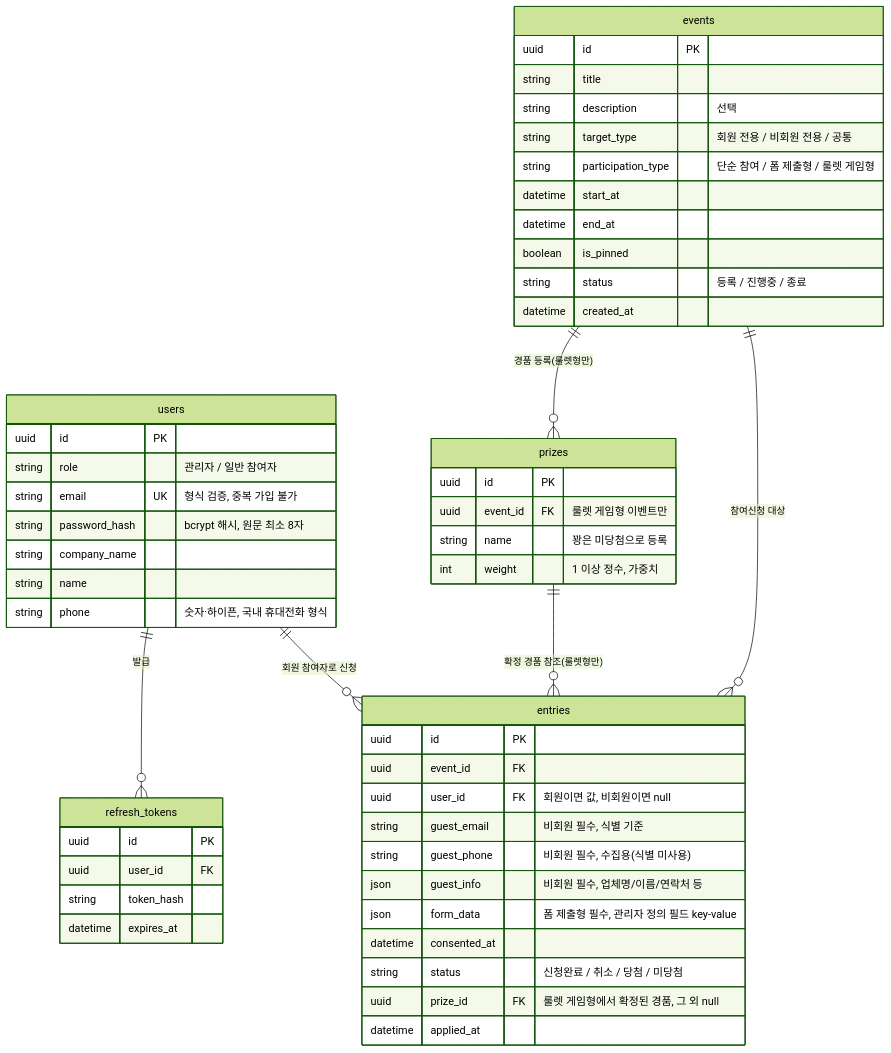
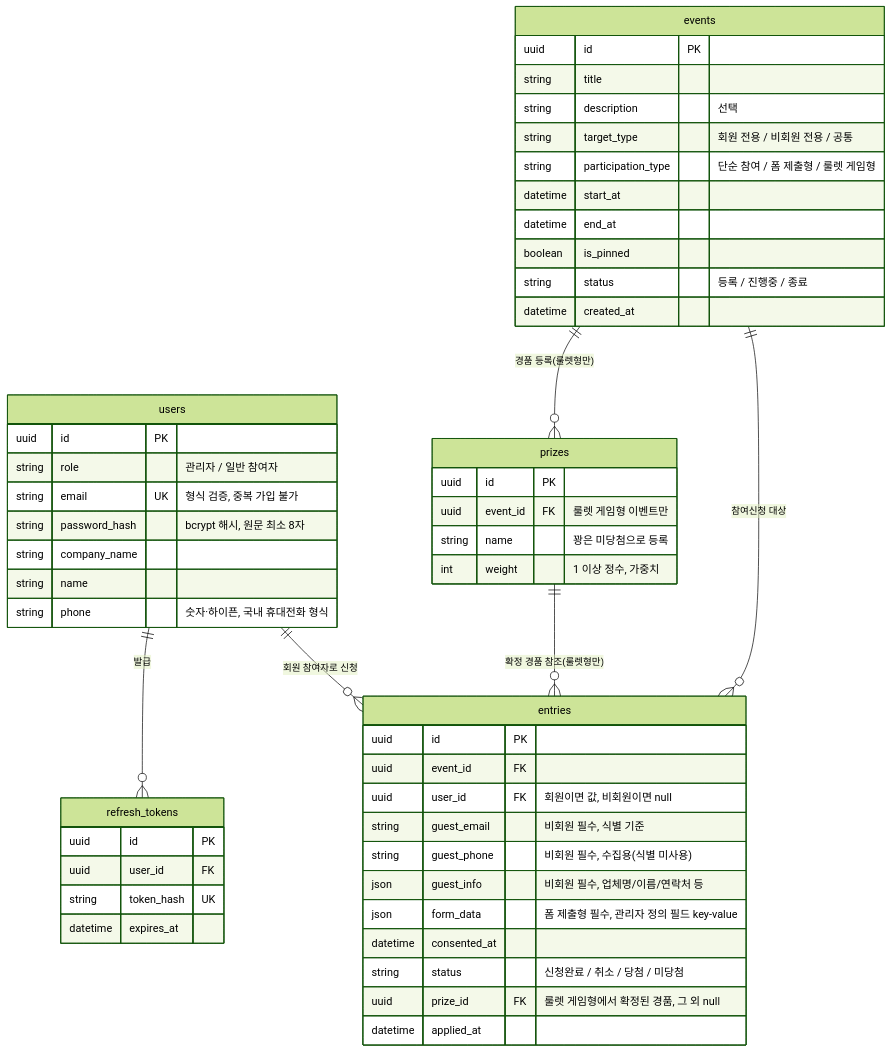
The diagram in docs/8-erd.md (H-Lee-plan/b2b-promo), drawn with Mermaid (forest theme) before and after one commit. The commit also changed 3 other files, not shown here.

````diff
--- a/docs/8-erd.md
+++ b/docs/8-erd.md
@@ -8,59 +8,59 @@
 ```mermaid
 erDiagram
     users ||--o{ entries : "회원 참여자로 신청"
     users ||--o{ refresh_tokens : "발급"
     events ||--o{ entries : "참여신청 대상"
     events ||--o{ prizes : "경품 등록(룰렛형만)"
     prizes ||--o{ entries : "확정 경품 참조(룰렛형만)"
 
     users {
         uuid id PK
         string role "관리자 / 일반 참여자"
         string email UK "형식 검증, 중복 가입 불가"
         string password_hash "bcrypt 해시, 원문 최소 8자"
         string company_name
         string name
         string phone "숫자·하이픈, 국내 휴대전화 형식"
     }
 
     events {
         uuid id PK
         string title
         string description "선택"
         string target_type "회원 전용 / 비회원 전용 / 공통"
         string participation_type "단순 참여 / 폼 제출형 / 룰렛 게임형"
         datetime start_at
         datetime end_at
         boolean is_pinned
         string status "등록 / 진행중 / 종료"
         datetime created_at
     }
 
     prizes {
         uuid id PK
         uuid event_id FK "룰렛 게임형 이벤트만"
         string name "꽝은 미당첨으로 등록"
         int weight "1 이상 정수, 가중치"
     }
 
     entries {
         uuid id PK
         uuid event_id FK
         uuid user_id FK "회원이면 값, 비회원이면 null"
         string guest_email "비회원 필수, 식별 기준"
         string guest_phone "비회원 필수, 수집용(식별 미사용)"
         json guest_info "비회원 필수, 업체명/이름/연락처 등"
         json form_data "폼 제출형 필수, 관리자 정의 필드 key-value"
         datetime consented_at
         string status "신청완료 / 취소 / 당첨 / 미당첨"
         uuid prize_id FK "룰렛 게임형에서 확정된 경품, 그 외 null"
         datetime applied_at
     }
 
     refresh_tokens {
         uuid id PK
         uuid user_id FK
-        string token_hash
+        string token_hash UK
         datetime expires_at
     }
 ```
````
